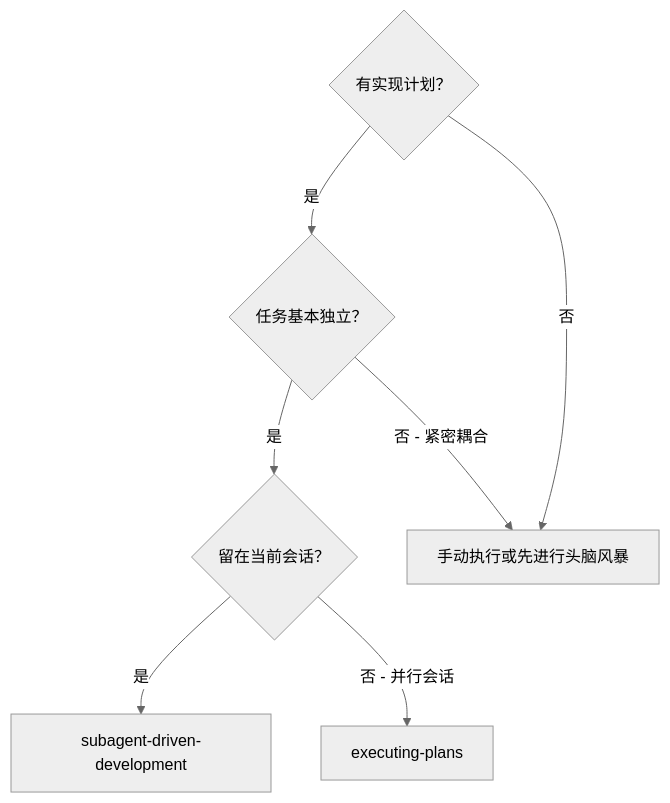
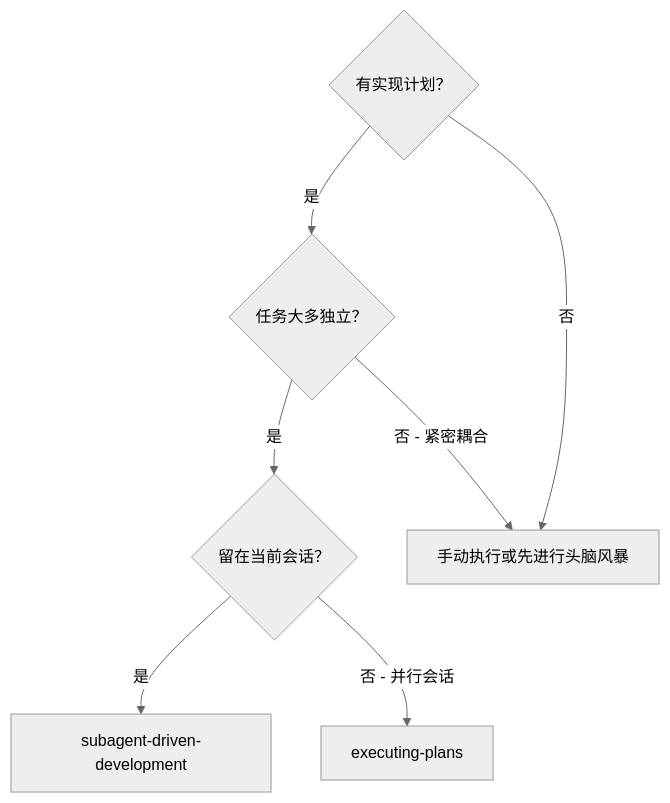
The first of 2 diagrams in superpowers/skills/subagent-driven-development/SKILL_cn.md (zhliner/aiTips), drawn with Mermaid (neutral theme) before and after one commit. The commit also changed other lines of this file and 35 other files, not shown here.

````diff
--- a/superpowers/skills/subagent-driven-development/SKILL_cn.md
+++ b/superpowers/skills/subagent-driven-development/SKILL_cn.md
@@ -20,16 +21,16 @@
 ```mermaid
 flowchart TD
-    A{有实现计划？}
-    B{任务基本独立？}
-    C{留在当前会话？}
-    D[subagent-driven-development]
-    E[executing-plans]
-    F[手动执行或先进行头脑风暴]
+    A{"有实现计划？"}
+    B{"任务大多独立？"}
+    C{"留在当前会话？"}
+    D["subagent-driven-development"]
+    E["executing-plans"]
+    F["手动执行或先进行头脑风暴"]
 
     A -->|是| B
     A -->|否| F
     B -->|是| C
-    B -->|否 - 紧密耦合| F
+    B -->|"否 - 紧密耦合"| F
     C -->|是| D
-    C -->|否 - 并行会话| E
+    C -->|"否 - 并行会话"| E
 ```
````
